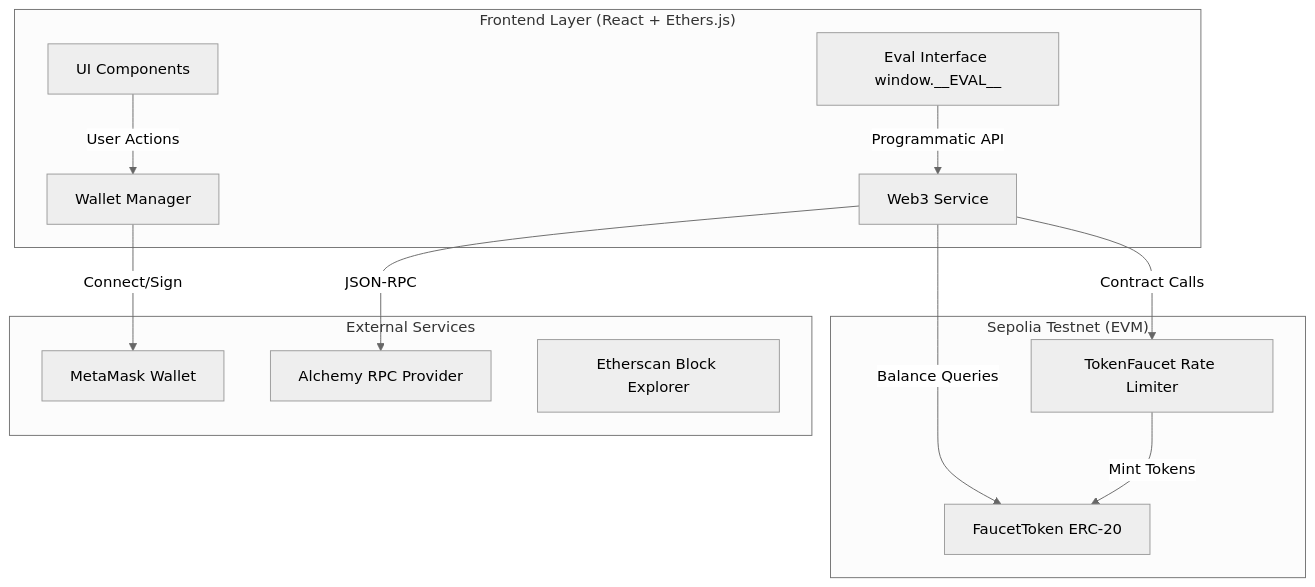
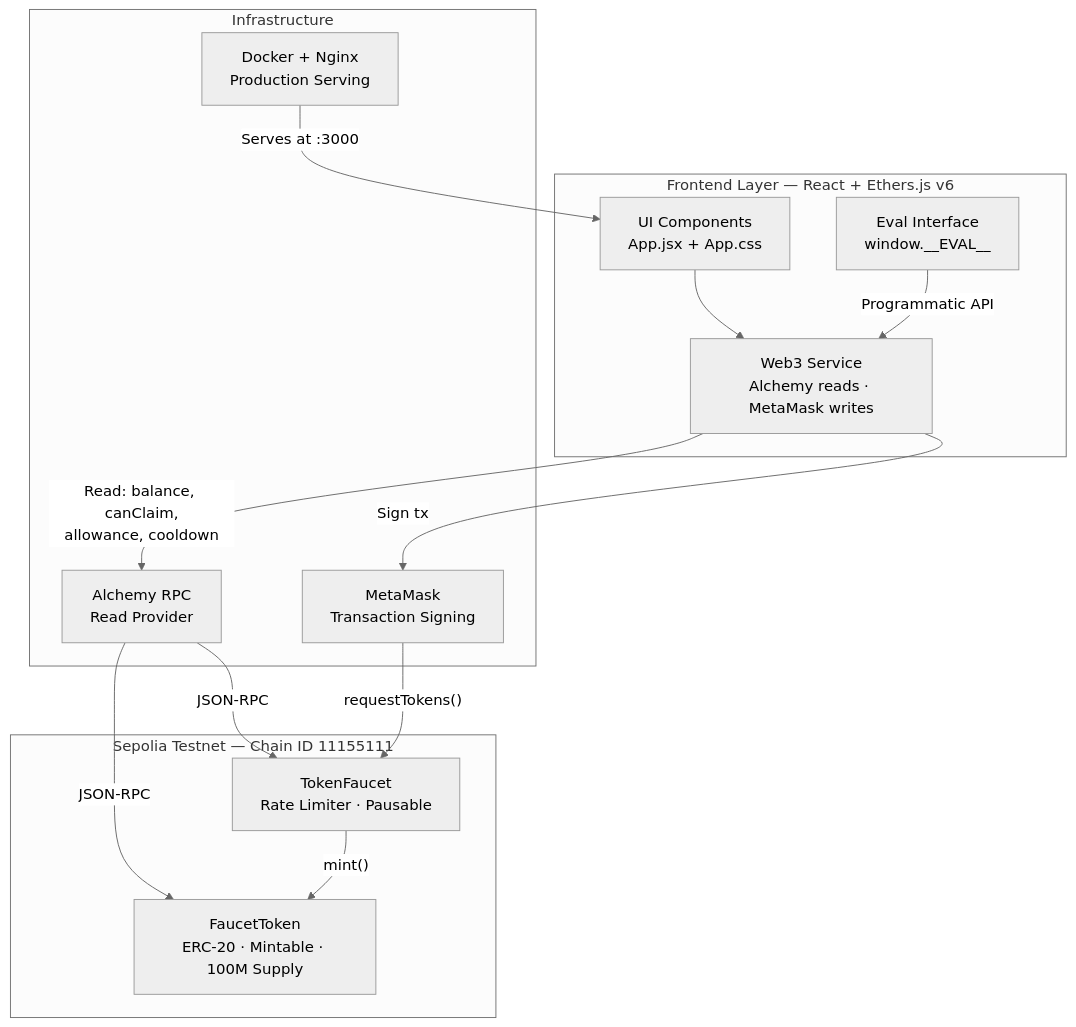
The diagram in README.md (Rushikesh-5706/ERC-20-Token-Faucet-DApp), drawn with Mermaid (neutral theme) before and after one commit. The commit also changed other lines of this file and 6 other files, not shown here.

Commit message:
add screenshots and enhanced README with tables, architecture, and full documentation

````diff
--- a/README.md
+++ b/README.md
@@ -17,28 +23,29 @@
 ```mermaid
 graph TB
-    subgraph Frontend["Frontend Layer (React + Ethers.js)"]
-        UI["UI Components"]
-        WalletMgr["Wallet Manager"]
-        Web3Service["Web3 Service"]
-        EvalInterface["Eval Interface window.__EVAL__"]
+    subgraph Frontend["Frontend Layer — React + Ethers.js v6"]
+        UI["UI Components<br/>App.jsx + App.css"]
+        Web3["Web3 Service<br/>Alchemy reads · MetaMask writes"]
+        Eval["Eval Interface<br/>window.__EVAL__"]
     end
 
-    subgraph Blockchain["Sepolia Testnet (EVM)"]
-        Token["FaucetToken ERC-20"]
-        Faucet["TokenFaucet Rate Limiter"]
+    subgraph Blockchain["Sepolia Testnet — Chain ID 11155111"]
+        Token["FaucetToken<br/>ERC-20 · Mintable · 100M Supply"]
+        Faucet["TokenFaucet<br/>Rate Limiter · Pausable"]
     end
 
-    subgraph External["External Services"]
-        MetaMask["MetaMask Wallet"]
-        Alchemy["Alchemy RPC Provider"]
-        Etherscan["Etherscan Block Explorer"]
+    subgraph Infra["Infrastructure"]
+        MetaMask["MetaMask<br/>Transaction Signing"]
+        Alchemy["Alchemy RPC<br/>Read Provider"]
+        Docker["Docker + Nginx<br/>Production Serving"]
     end
 
-    UI -->|User Actions| WalletMgr
-    WalletMgr -->|Connect/Sign| MetaMask
-    Web3Service -->|Contract Calls| Faucet
-    Web3Service -->|Balance Queries| Token
-    Faucet -->|Mint Tokens| Token
-    Web3Service -->|JSON-RPC| Alchemy
-    EvalInterface -->|Programmatic API| Web3Service
+    UI --> Web3
+    Web3 -->|"Read: balance, canClaim,<br/>allowance, cooldown"| Alchemy
+    Alchemy -->|"JSON-RPC"| Token
+    Alchemy -->|"JSON-RPC"| Faucet
+    Web3 -->|"Sign tx"| MetaMask
+    MetaMask -->|"requestTokens()"| Faucet
+    Faucet -->|"mint()"| Token
+    Eval -->|"Programmatic API"| Web3
+    Docker -->|"Serves at :3000"| UI
 ```
````
